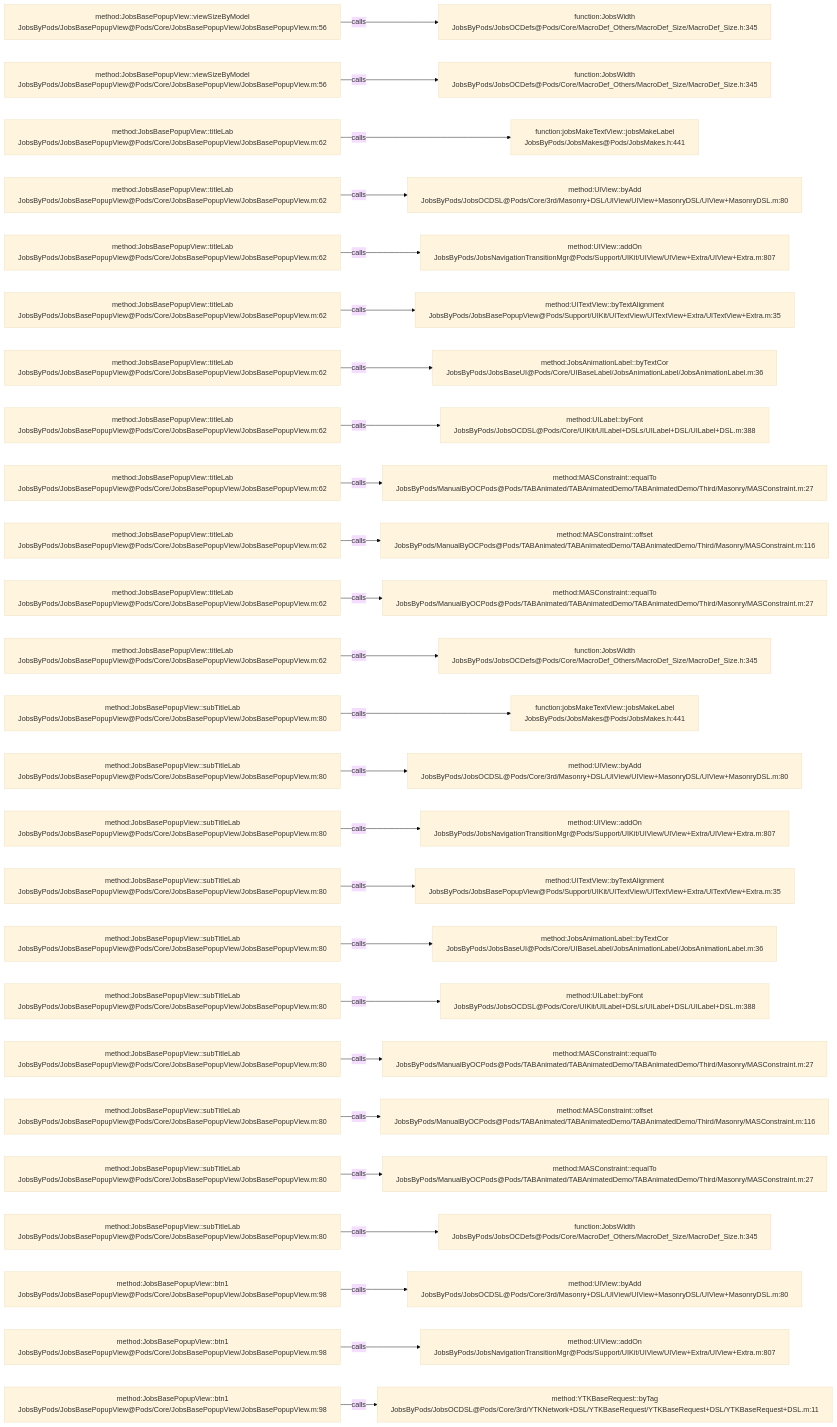
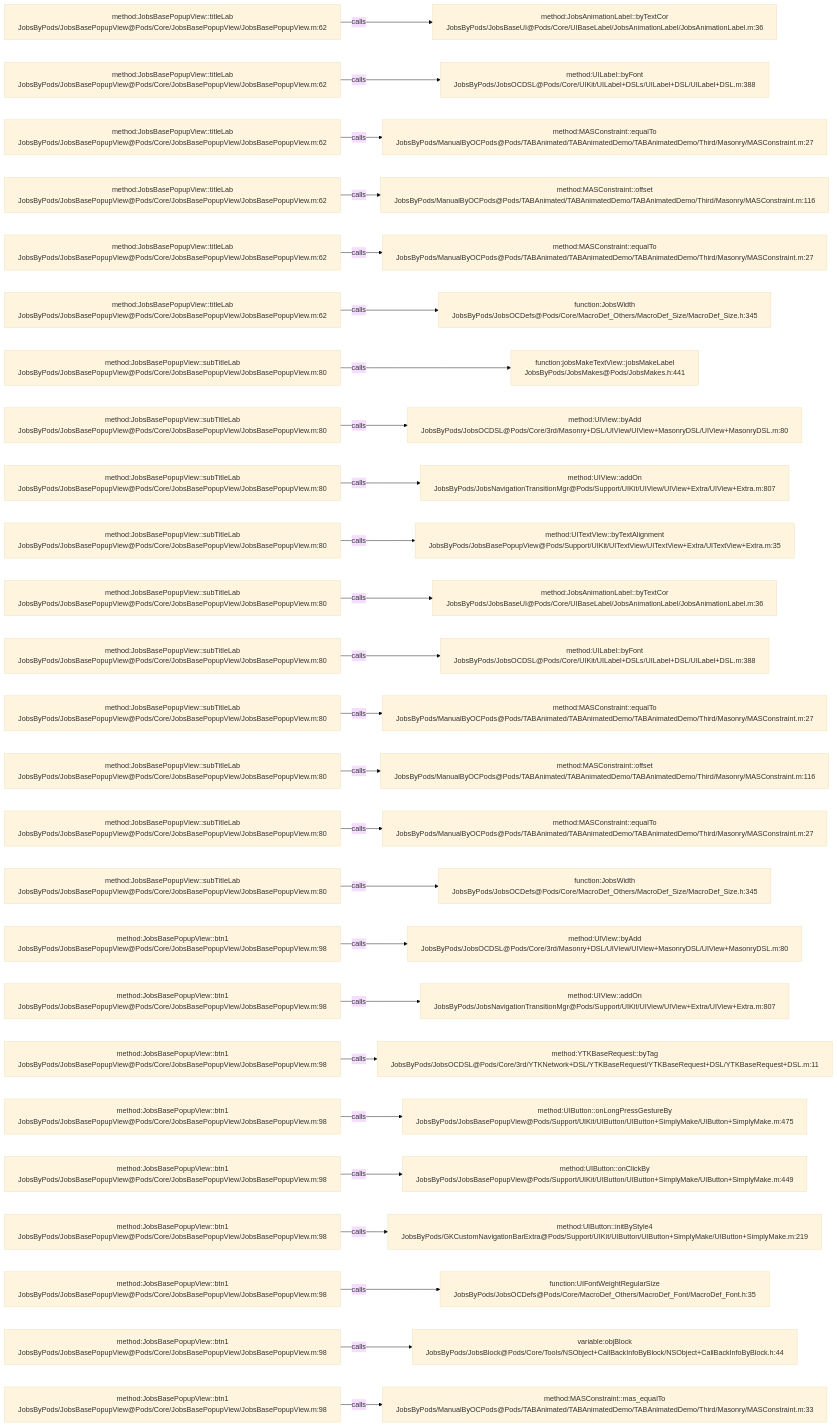
The diagram in .codegraph/codegraph.md/graphs/calls-197.md (JobsKits/JobsOCBaseConfigDemo), drawn with Mermaid (base theme) before and after one commit. The commit also changed 116 other files, not shown here.

````diff
--- a/.codegraph/codegraph.md/graphs/calls-197.md
+++ b/.codegraph/codegraph.md/graphs/calls-197.md
@@ -13,78 +13,78 @@
 ```mermaid
 flowchart LR
-  S1["method:JobsBasePopupView::viewSizeByModel<br/>JobsByPods/JobsBasePopupView@Pods/Core/JobsBasePopupView/JobsBasePopupView.m:56"]
-  T1["function:JobsWidth<br/>JobsByPods/JobsOCDefs@Pods/Core/MacroDef_Others/MacroDef_Size/MacroDef_Size.h:345"]
+  S1["method:JobsBasePopupView::titleLab<br/>JobsByPods/JobsBasePopupView@Pods/Core/JobsBasePopupView/JobsBasePopupView.m:62"]
+  T1["method:JobsAnimationLabel::byTextCor<br/>JobsByPods/JobsBaseUI@Pods/Core/UIBaseLabel/JobsAnimationLabel/JobsAnimationLabel.m:36"]
   S1 -->|calls| T1
-  S2["method:JobsBasePopupView::viewSizeByModel<br/>JobsByPods/JobsBasePopupView@Pods/Core/JobsBasePopupView/JobsBasePopupView.m:56"]
-  T2["function:JobsWidth<br/>JobsByPods/JobsOCDefs@Pods/Core/MacroDef_Others/MacroDef_Size/MacroDef_Size.h:345"]
+  S2["method:JobsBasePopupView::titleLab<br/>JobsByPods/JobsBasePopupView@Pods/Core/JobsBasePopupView/JobsBasePopupView.m:62"]
+  T2["method:UILabel::byFont<br/>JobsByPods/JobsOCDSL@Pods/Core/UIKit/UILabel+DSLs/UILabel+DSL/UILabel+DSL.m:388"]
   S2 -->|calls| T2
   S3["method:JobsBasePopupView::titleLab<br/>JobsByPods/JobsBasePopupView@Pods/Core/JobsBasePopupView/JobsBasePopupView.m:62"]
-  T3["function:jobsMakeTextView::jobsMakeLabel<br/>JobsByPods/JobsMakes@Pods/JobsMakes.h:441"]
+  T3["method:MASConstraint::equalTo<br/>JobsByPods/ManualByOCPods@Pods/TABAnimated/TABAnimatedDemo/TABAnimatedDemo/Third/Masonry/MASConstraint.m:27"]
   S3 -->|calls| T3
   S4["method:JobsBasePopupView::titleLab<br/>JobsByPods/JobsBasePopupView@Pods/Core/JobsBasePopupView/JobsBasePopupView.m:62"]
-  T4["method:UIView::byAdd<br/>JobsByPods/JobsOCDSL@Pods/Core/3rd/Masonry+DSL/UIView/UIView+MasonryDSL/UIView+MasonryDSL.m:80"]
+  T4["method:MASConstraint::offset<br/>JobsByPods/ManualByOCPods@Pods/TABAnimated/TABAnimatedDemo/TABAnimatedDemo/Third/Masonry/MASConstraint.m:116"]
   S4 -->|calls| T4
   S5["method:JobsBasePopupView::titleLab<br/>JobsByPods/JobsBasePopupView@Pods/Core/JobsBasePopupView/JobsBasePopupView.m:62"]
-  T5["method:UIView::addOn<br/>JobsByPods/JobsNavigationTransitionMgr@Pods/Support/UIKit/UIView/UIView+Extra/UIView+Extra.m:807"]
+  T5["method:MASConstraint::equalTo<br/>JobsByPods/ManualByOCPods@Pods/TABAnimated/TABAnimatedDemo/TABAnimatedDemo/Third/Masonry/MASConstraint.m:27"]
   S5 -->|calls| T5
   S6["method:JobsBasePopupView::titleLab<br/>JobsByPods/JobsBasePopupView@Pods/Core/JobsBasePopupView/JobsBasePopupView.m:62"]
-  T6["method:UITextView::byTextAlignment<br/>JobsByPods/JobsBasePopupView@Pods/Support/UIKit/UITextView/UITextView+Extra/UITextView+Extra.m:35"]
+  T6["function:JobsWidth<br/>JobsByPods/JobsOCDefs@Pods/Core/MacroDef_Others/MacroDef_Size/MacroDef_Size.h:345"]
   S6 -->|calls| T6
-  S7["method:JobsBasePopupView::titleLab<br/>JobsByPods/JobsBasePopupView@Pods/Core/JobsBasePopupView/JobsBasePopupView.m:62"]
-  T7["method:JobsAnimationLabel::byTextCor<br/>JobsByPods/JobsBaseUI@Pods/Core/UIBaseLabel/JobsAnimationLabel/JobsAnimationLabel.m:36"]
+  S7["method:JobsBasePopupView::subTitleLab<br/>JobsByPods/JobsBasePopupView@Pods/Core/JobsBasePopupView/JobsBasePopupView.m:80"]
+  T7["function:jobsMakeTextView::jobsMakeLabel<br/>JobsByPods/JobsMakes@Pods/JobsMakes.h:441"]
   S7 -->|calls| T7
-  S8["method:JobsBasePopupView::titleLab<br/>JobsByPods/JobsBasePopupView@Pods/Core/JobsBasePopupView/JobsBasePopupView.m:62"]
-  T8["method:UILabel::byFont<br/>JobsByPods/JobsOCDSL@Pods/Core/UIKit/UILabel+DSLs/UILabel+DSL/UILabel+DSL.m:388"]
+  S8["method:JobsBasePopupView::subTitleLab<br/>JobsByPods/JobsBasePopupView@Pods/Core/JobsBasePopupView/JobsBasePopupView.m:80"]
+  T8["method:UIView::byAdd<br/>JobsByPods/JobsOCDSL@Pods/Core/3rd/Masonry+DSL/UIView/UIView+MasonryDSL/UIView+MasonryDSL.m:80"]
   S8 -->|calls| T8
-  S9["method:JobsBasePopupView::titleLab<br/>JobsByPods/JobsBasePopupView@Pods/Core/JobsBasePopupView/JobsBasePopupView.m:62"]
-  T9["method:MASConstraint::equalTo<br/>JobsByPods/ManualByOCPods@Pods/TABAnimated/TABAnimatedDemo/TABAnimatedDemo/Third/Masonry/MASConstraint.m:27"]
+  S9["method:JobsBasePopupView::subTitleLab<br/>JobsByPods/JobsBasePopupView@Pods/Core/JobsBasePopupView/JobsBasePopupView.m:80"]
+  T9["method:UIView::addOn<br/>JobsByPods/JobsNavigationTransitionMgr@Pods/Support/UIKit/UIView/UIView+Extra/UIView+Extra.m:807"]
   S9 -->|calls| T9
-  S10["method:JobsBasePopupView::titleLab<br/>JobsByPods/JobsBasePopupView@Pods/Core/JobsBasePopupView/JobsBasePopupView.m:62"]
-  T10["method:MASConstraint::offset<br/>JobsByPods/ManualByOCPods@Pods/TABAnimated/TABAnimatedDemo/TABAnimatedDemo/Third/Masonry/MASConstraint.m:116"]
+  S10["method:JobsBasePopupView::subTitleLab<br/>JobsByPods/JobsBasePopupView@Pods/Core/JobsBasePopupView/JobsBasePopupView.m:80"]
+  T10["method:UITextView::byTextAlignment<br/>JobsByPods/JobsBasePopupView@Pods/Support/UIKit/UITextView/UITextView+Extra/UITextView+Extra.m:35"]
   S10 -->|calls| T10
-  S11["method:JobsBasePopupView::titleLab<br/>JobsByPods/JobsBasePopupView@Pods/Core/JobsBasePopupView/JobsBasePopupView.m:62"]
-  T11["method:MASConstraint::equalTo<br/>JobsByPods/ManualByOCPods@Pods/TABAnimated/TABAnimatedDemo/TABAnimatedDemo/Third/Masonry/MASConstraint.m:27"]
+  S11["method:JobsBasePopupView::subTitleLab<br/>JobsByPods/JobsBasePopupView@Pods/Core/JobsBasePopupView/JobsBasePopupView.m:80"]
+  T11["method:JobsAnimationLabel::byTextCor<br/>JobsByPods/JobsBaseUI@Pods/Core/UIBaseLabel/JobsAnimationLabel/JobsAnimationLabel.m:36"]
   S11 -->|calls| T11
-  S12["method:JobsBasePopupView::titleLab<br/>JobsByPods/JobsBasePopupView@Pods/Core/JobsBasePopupView/JobsBasePopupView.m:62"]
-  T12["function:JobsWidth<br/>JobsByPods/JobsOCDefs@Pods/Core/MacroDef_Others/MacroDef_Size/MacroDef_Size.h:345"]
+  S12["method:JobsBasePopupView::subTitleLab<br/>JobsByPods/JobsBasePopupView@Pods/Core/JobsBasePopupView/JobsBasePopupView.m:80"]
+  T12["method:UILabel::byFont<br/>JobsByPods/JobsOCDSL@Pods/Core/UIKit/UILabel+DSLs/UILabel+DSL/UILabel+DSL.m:388"]
   S12 -->|calls| T12
   S13["method:JobsBasePopupView::subTitleLab<br/>JobsByPods/JobsBasePopupView@Pods/Core/JobsBasePopupView/JobsBasePopupView.m:80"]
-  T13["function:jobsMakeTextView::jobsMakeLabel<br/>JobsByPods/JobsMakes@Pods/JobsMakes.h:441"]
+  T13["method:MASConstraint::equalTo<br/>JobsByPods/ManualByOCPods@Pods/TABAnimated/TABAnimatedDemo/TABAnimatedDemo/Third/Masonry/MASConstraint.m:27"]
   S13 -->|calls| T13
   S14["method:JobsBasePopupView::subTitleLab<br/>JobsByPods/JobsBasePopupView@Pods/Core/JobsBasePopupView/JobsBasePopupView.m:80"]
-  T14["method:UIView::byAdd<br/>JobsByPods/JobsOCDSL@Pods/Core/3rd/Masonry+DSL/UIView/UIView+MasonryDSL/UIView+MasonryDSL.m:80"]
+  T14["method:MASConstraint::offset<br/>JobsByPods/ManualByOCPods@Pods/TABAnimated/TABAnimatedDemo/TABAnimatedDemo/Third/Masonry/MASConstraint.m:116"]
   S14 -->|calls| T14
   S15["method:JobsBasePopupView::subTitleLab<br/>JobsByPods/JobsBasePopupView@Pods/Core/JobsBasePopupView/JobsBasePopupView.m:80"]
-  T15["method:UIView::addOn<br/>JobsByPods/JobsNavigationTransitionMgr@Pods/Support/UIKit/UIView/UIView+Extra/UIView+Extra.m:807"]
+  T15["method:MASConstraint::equalTo<br/>JobsByPods/ManualByOCPods@Pods/TABAnimated/TABAnimatedDemo/TABAnimatedDemo/Third/Masonry/MASConstraint.m:27"]
   S15 -->|calls| T15
   S16["method:JobsBasePopupView::subTitleLab<br/>JobsByPods/JobsBasePopupView@Pods/Core/JobsBasePopupView/JobsBasePopupView.m:80"]
-  T16["method:UITextView::byTextAlignment<br/>JobsByPods/JobsBasePopupView@Pods/Support/UIKit/UITextView/UITextView+Extra/UITextView+Extra.m:35"]
+  T16["function:JobsWidth<br/>JobsByPods/JobsOCDefs@Pods/Core/MacroDef_Others/MacroDef_Size/MacroDef_Size.h:345"]
   S16 -->|calls| T16
-  S17["method:JobsBasePopupView::subTitleLab<br/>JobsByPods/JobsBasePopupView@Pods/Core/JobsBasePopupView/JobsBasePopupView.m:80"]
-  T17["method:JobsAnimationLabel::byTextCor<br/>JobsByPods/JobsBaseUI@Pods/Core/UIBaseLabel/JobsAnimationLabel/JobsAnimationLabel.m:36"]
+  S17["method:JobsBasePopupView::btn1<br/>JobsByPods/JobsBasePopupView@Pods/Core/JobsBasePopupView/JobsBasePopupView.m:98"]
+  T17["method:UIView::byAdd<br/>JobsByPods/JobsOCDSL@Pods/Core/3rd/Masonry+DSL/UIView/UIView+MasonryDSL/UIView+MasonryDSL.m:80"]
   S17 -->|calls| T17
-  S18["method:JobsBasePopupView::subTitleLab<br/>JobsByPods/JobsBasePopupView@Pods/Core/JobsBasePopupView/JobsBasePopupView.m:80"]
-  T18["method:UILabel::byFont<br/>JobsByPods/JobsOCDSL@Pods/Core/UIKit/UILabel+DSLs/UILabel+DSL/UILabel+DSL.m:388"]
+  S18["method:JobsBasePopupView::btn1<br/>JobsByPods/JobsBasePopupView@Pods/Core/JobsBasePopupView/JobsBasePopupView.m:98"]
+  T18["method:UIView::addOn<br/>JobsByPods/JobsNavigationTransitionMgr@Pods/Support/UIKit/UIView/UIView+Extra/UIView+Extra.m:807"]
   S18 -->|calls| T18
-  S19["method:JobsBasePopupView::subTitleLab<br/>JobsByPods/JobsBasePopupView@Pods/Core/JobsBasePopupView/JobsBasePopupView.m:80"]
-  T19["method:MASConstraint::equalTo<br/>JobsByPods/ManualByOCPods@Pods/TABAnimated/TABAnimatedDemo/TABAnimatedDemo/Third/Masonry/MASConstraint.m:27"]
+  S19["method:JobsBasePopupView::btn1<br/>JobsByPods/JobsBasePopupView@Pods/Core/JobsBasePopupView/JobsBasePopupView.m:98"]
+  T19["method:YTKBaseRequest::byTag<br/>JobsByPods/JobsOCDSL@Pods/Core/3rd/YTKNetwork+DSL/YTKBaseRequest/YTKBaseRequest+DSL/YTKBaseRequest+DSL.m:11"]
   S19 -->|calls| T19
-  S20["method:JobsBasePopupView::subTitleLab<br/>JobsByPods/JobsBasePopupView@Pods/Core/JobsBasePopupView/JobsBasePopupView.m:80"]
-  T20["method:MASConstraint::offset<br/>JobsByPods/ManualByOCPods@Pods/TABAnimated/TABAnimatedDemo/TABAnimatedDemo/Third/Masonry/MASConstraint.m:116"]
+  S20["method:JobsBasePopupView::btn1<br/>JobsByPods/JobsBasePopupView@Pods/Core/JobsBasePopupView/JobsBasePopupView.m:98"]
+  T20["method:UIButton::onLongPressGestureBy<br/>JobsByPods/JobsBasePopupView@Pods/Support/UIKit/UIButton/UIButton+SimplyMake/UIButton+SimplyMake.m:475"]
   S20 -->|calls| T20
-  S21["method:JobsBasePopupView::subTitleLab<br/>JobsByPods/JobsBasePopupView@Pods/Core/JobsBasePopupView/JobsBasePopupView.m:80"]
-  T21["method:MASConstraint::equalTo<br/>JobsByPods/ManualByOCPods@Pods/TABAnimated/TABAnimatedDemo/TABAnimatedDemo/Third/Masonry/MASConstraint.m:27"]
+  S21["method:JobsBasePopupView::btn1<br/>JobsByPods/JobsBasePopupView@Pods/Core/JobsBasePopupView/JobsBasePopupView.m:98"]
+  T21["method:UIButton::onClickBy<br/>JobsByPods/JobsBasePopupView@Pods/Support/UIKit/UIButton/UIButton+SimplyMake/UIButton+SimplyMake.m:449"]
   S21 -->|calls| T21
-  S22["method:JobsBasePopupView::subTitleLab<br/>JobsByPods/JobsBasePopupView@Pods/Core/JobsBasePopupView/JobsBasePopupView.m:80"]
-  T22["function:JobsWidth<br/>JobsByPods/JobsOCDefs@Pods/Core/MacroDef_Others/MacroDef_Size/MacroDef_Size.h:345"]
+  S22["method:JobsBasePopupView::btn1<br/>JobsByPods/JobsBasePopupView@Pods/Core/JobsBasePopupView/JobsBasePopupView.m:98"]
+  T22["method:UIButton::initByStyle4<br/>JobsByPods/GKCustomNavigationBarExtra@Pods/Support/UIKit/UIButton/UIButton+SimplyMake/UIButton+SimplyMake.m:219"]
   S22 -->|calls| T22
   S23["method:JobsBasePopupView::btn1<br/>JobsByPods/JobsBasePopupView@Pods/Core/JobsBasePopupView/JobsBasePopupView.m:98"]
-  T23["method:UIView::byAdd<br/>JobsByPods/JobsOCDSL@Pods/Core/3rd/Masonry+DSL/UIView/UIView+MasonryDSL/UIView+MasonryDSL.m:80"]
+  T23["function:UIFontWeightRegularSize<br/>JobsByPods/JobsOCDefs@Pods/Core/MacroDef_Others/MacroDef_Font/MacroDef_Font.h:35"]
   S23 -->|calls| T23
   S24["method:JobsBasePopupView::btn1<br/>JobsByPods/JobsBasePopupView@Pods/Core/JobsBasePopupView/JobsBasePopupView.m:98"]
-  T24["method:UIView::addOn<br/>JobsByPods/JobsNavigationTransitionMgr@Pods/Support/UIKit/UIView/UIView+Extra/UIView+Extra.m:807"]
+  T24["variable:objBlock<br/>JobsByPods/JobsBlock@Pods/Core/Tools/NSObject+CallBackInfoByBlock/NSObject+CallBackInfoByBlock.h:44"]
   S24 -->|calls| T24
   S25["method:JobsBasePopupView::btn1<br/>JobsByPods/JobsBasePopupView@Pods/Core/JobsBasePopupView/JobsBasePopupView.m:98"]
-  T25["method:YTKBaseRequest::byTag<br/>JobsByPods/JobsOCDSL@Pods/Core/3rd/YTKNetwork+DSL/YTKBaseRequest/YTKBaseRequest+DSL/YTKBaseRequest+DSL.m:11"]
+  T25["method:MASConstraint::mas_equalTo<br/>JobsByPods/ManualByOCPods@Pods/TABAnimated/TABAnimatedDemo/TABAnimatedDemo/Third/Masonry/MASConstraint.m:33"]
   S25 -->|calls| T25
 ```
````
